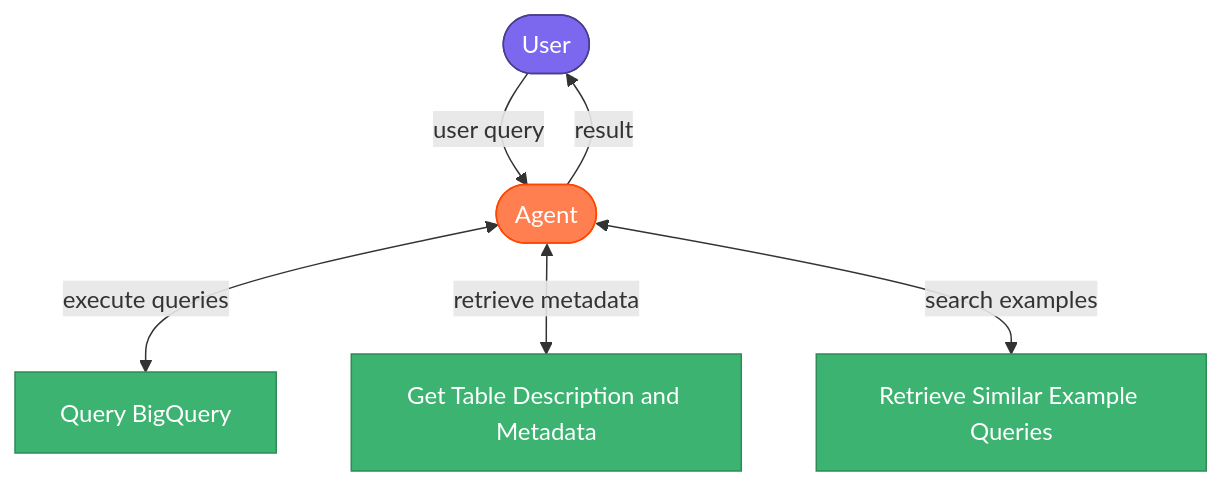
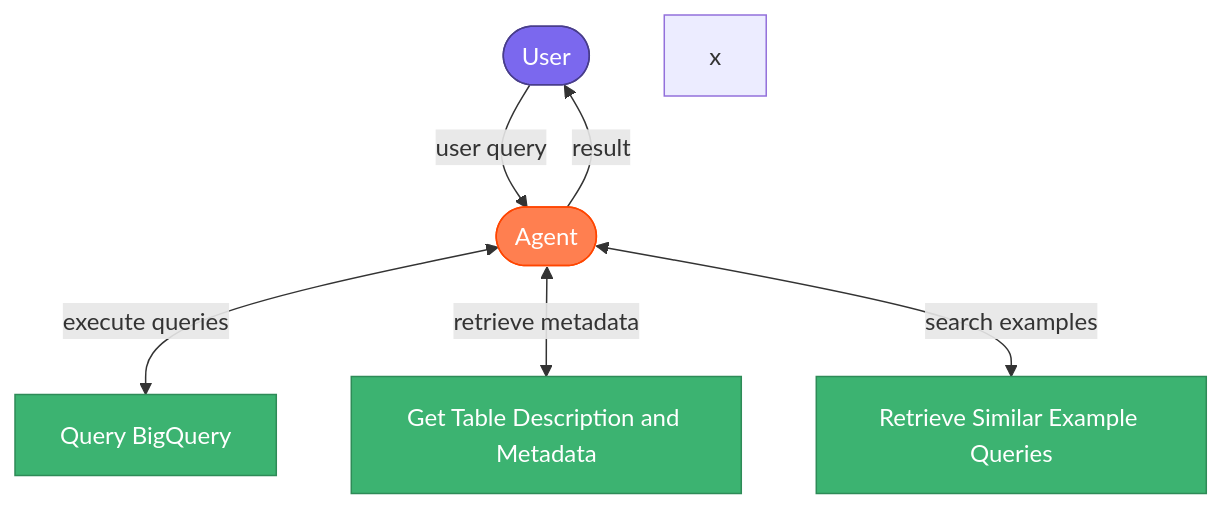
One commit to yonigottesman/mimic-agent changed the diagram in README.md. Above: the diagram before and after it, drawn with Mermaid. The commit also changed other lines of this file and 2 other files, not shown here.

````diff
--- a/README.md
+++ b/README.md
@@ -5,26 +5,26 @@
 ```mermaid
 flowchart TD
     User([User])
     Agent([Agent])
     BQ[Query BigQuery]
     TD[Get Table Description and Metadata]
     Retrieval[Retrieve Similar Example Queries]
-
+x
     %% Main flow
     User -->|"user query"| Agent
     Agent -->|"result"| User
     
     %% Circular connections
     Agent <-->|"execute queries"| BQ
     Agent <-->|"retrieve metadata"| TD
     Agent <-->|"search examples"| Retrieval
 
     %% Styling with better dark/light mode compatibility
     classDef user fill:#7b68ee,stroke:#483d8b,color:#ffffff,stroke-width:1px
     classDef agent fill:#ff7f50,stroke:#ff4500,color:#ffffff,stroke-width:1px
     classDef process fill:#3cb371,stroke:#2e8b57,color:#ffffff,stroke-width:1px
     
     class User user
     class Agent agent
     class BQ,TD,Retrieval process
 ```
````
